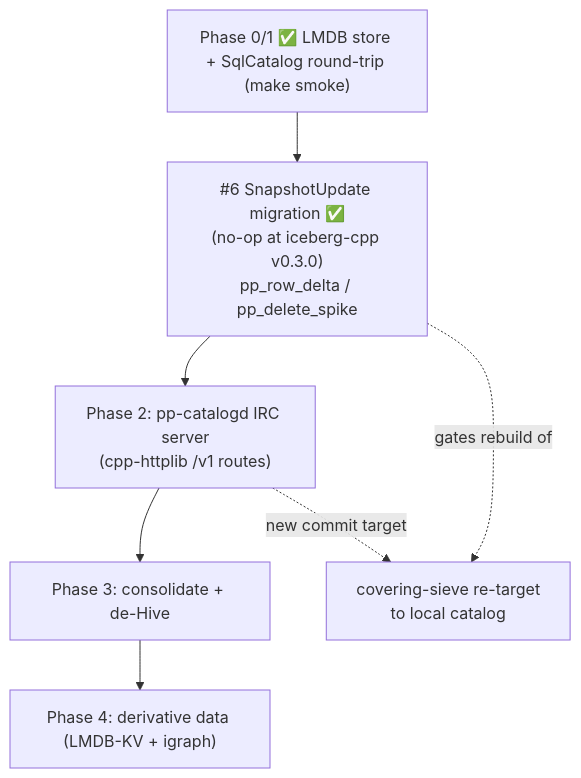
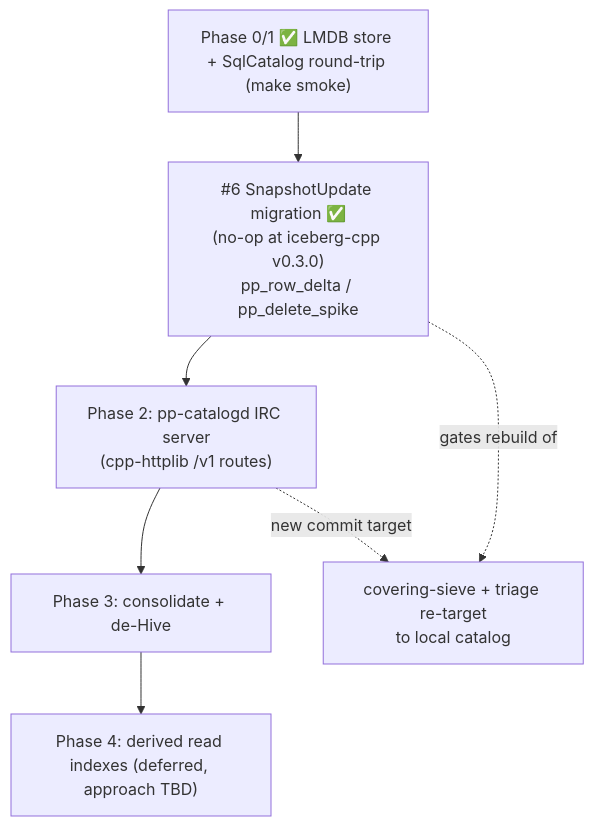
Before and after one commit to genamethi/dioph.pp: the fourth of 4 diagrams in HANDOFF.md, drawn with Mermaid. The commit also changed other lines of this file and 8 other files, not shown here.

````diff
--- a/HANDOFF.md
+++ b/HANDOFF.md
@@ -506,12 +505,12 @@
 ```mermaid
 flowchart TD
   p01["Phase 0/1 ✅ LMDB store + SqlCatalog round-trip (make smoke)"]
   t6["#6 SnapshotUpdate migration ✅<br/>(no-op at iceberg-cpp v0.3.0)<br/>pp_row_delta / pp_delete_spike"]
   p2["Phase 2: pp-catalogd IRC server<br/>(cpp-httplib /v1 routes)"]
   p3["Phase 3: consolidate + de-Hive"]
-  p4["Phase 4: derivative data (LMDB-KV + igraph)"]
-  sieve["covering-sieve re-target<br/>to local catalog"]
+  p4["Phase 4: derived read indexes (deferred, approach TBD)"]
+  sieve["covering-sieve + triage re-target<br/>to local catalog"]
   p01 --> t6 --> p2 --> p3 --> p4
   t6 -. "gates rebuild of" .-> sieve
   p2 -. "new commit target" .-> sieve
 ```
````
